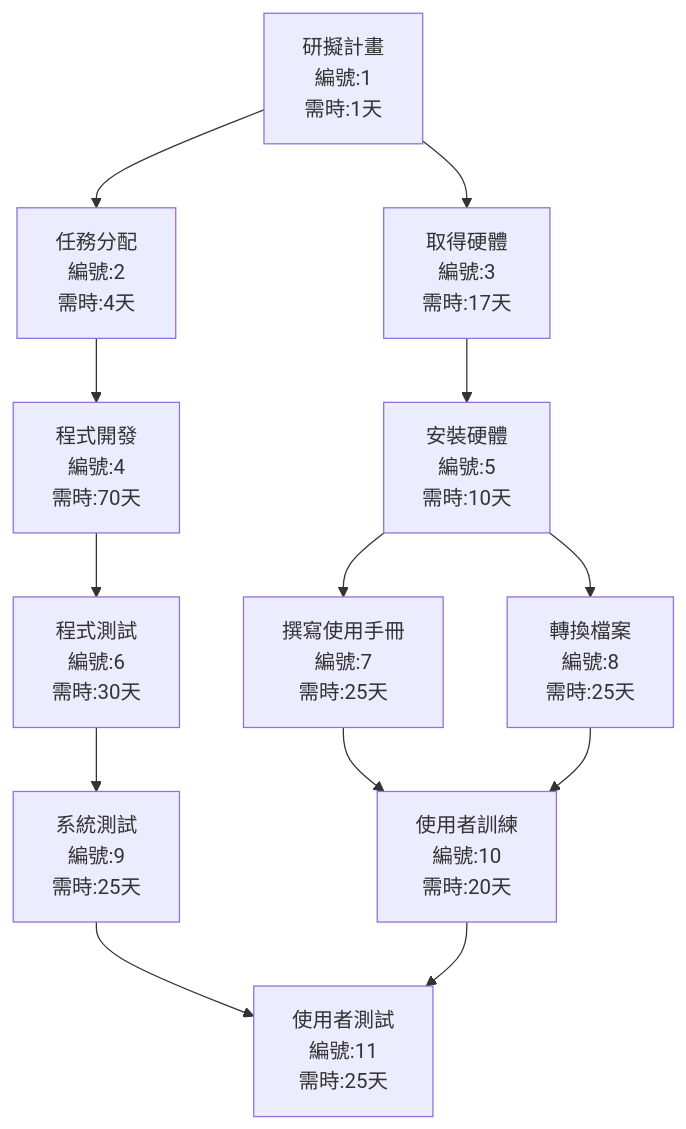
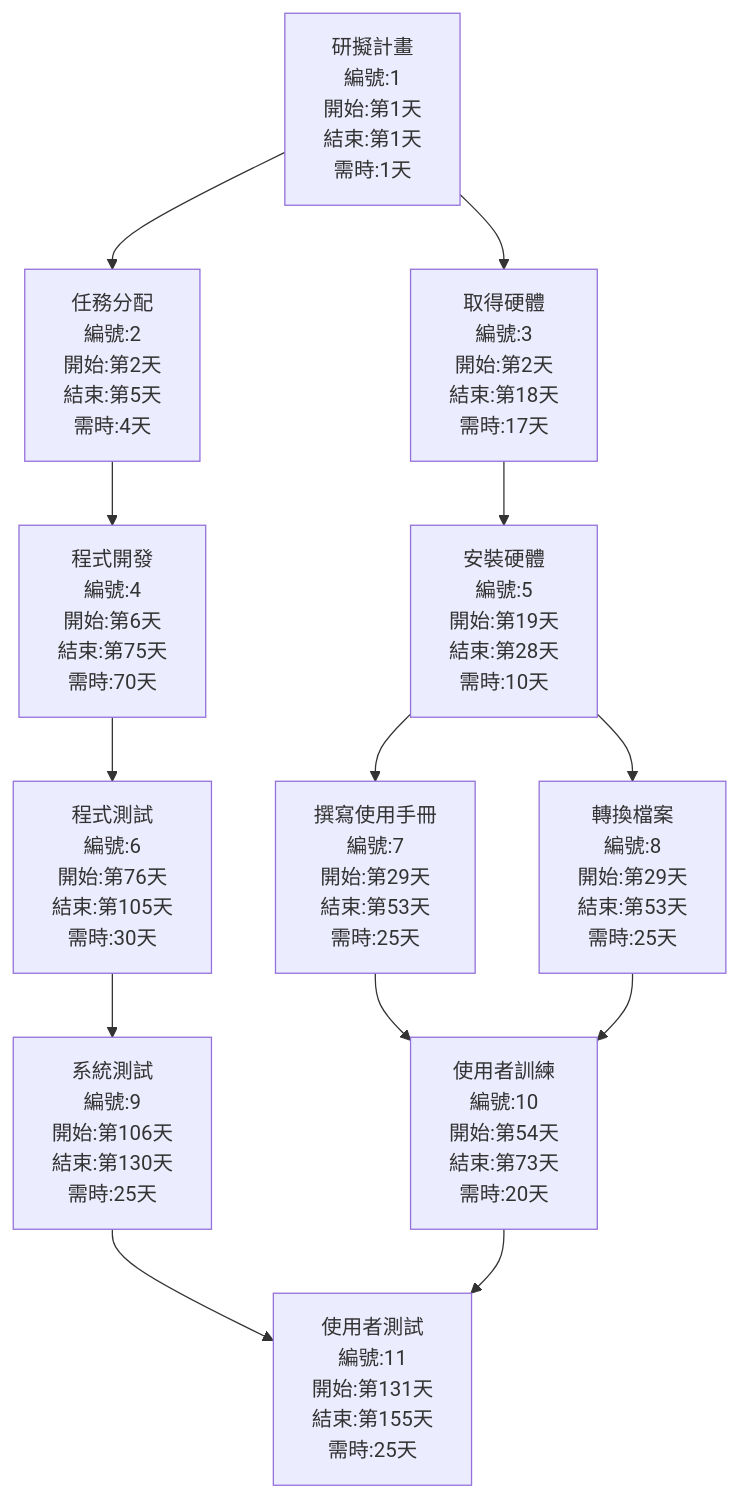
Before and after one commit to raikeeee/C112118227: the second of 2 diagrams in hw2.md, drawn with Mermaid.

````diff
--- a/hw2.md
+++ b/hw2.md
@@ -18,29 +18,28 @@
 ```mermaid
 flowchart TD
-    no1["研擬計畫 <br> 編號:1 <br> 需時:1天"]
-    no2["任務分配 <br> 編號:2 <br> 需時:4天"]
-    no3["取得硬體 <br> 編號:3 <br> 需時:17天"]
-    no4["程式開發 <br> 編號:4 <br> 需時:70天"]
-    no5["安裝硬體 <br> 編號:5 <br> 需時:10天"]
-    no6["程式測試 <br> 編號:6 <br> 需時:30天"]
-    no7["撰寫使用手冊 <br> 編號:7 <br> 需時:25天"]
-    no8["轉換檔案 <br> 編號:8 <br> 需時:25天"]
-    no9["系統測試 <br> 編號:9 <br> 需時:25天"]
-    no10["使用者訓練 <br> 編號:10 <br> 需時:20天"]
-    no11["使用者測試 <br> 編號:11 <br> 需時:25天"]
+    no1["研擬計畫 <br> 編號:1 <br> 開始:第1天 <br> 結束:第1天 <br> 需時:1天"]
+    no2["任務分配 <br> 編號:2 <br> 開始:第2天 <br> 結束:第5天 <br> 需時:4天"]
+    no3["取得硬體 <br> 編號:3 <br> 開始:第2天 <br> 結束:第18天 <br> 需時:17天"]
+    no4["程式開發 <br> 編號:4 <br> 開始:第6天 <br> 結束:第75天 <br> 需時:70天"]
+    no5["安裝硬體 <br> 編號:5 <br> 開始:第19天 <br> 結束:第28天 <br> 需時:10天"]
+    no6["程式測試 <br> 編號:6 <br> 開始:第76天 <br> 結束:第105天 <br> 需時:30天"]
+    no7["撰寫使用手冊 <br> 編號:7 <br> 開始:第29天 <br> 結束:第53天 <br> 需時:25天"]
+    no8["轉換檔案 <br> 編號:8 <br> 開始:第29天 <br> 結束:第53天 <br> 需時:25天"]
+    no9["系統測試 <br> 編號:9 <br> 開始:第106天 <br> 結束:第130天 <br> 需時:25天"]
+    no10["使用者訓練 <br> 編號:10 <br> 開始:第54天 <br> 結束:第73天 <br> 需時:20天"]
+    no11["使用者測試 <br> 編號:11 <br> 開始:第131天 <br> 結束:第155天 <br> 需時:25天"]
 
     no1 --> no2
     no1 --> no3
     no2 --> no4
     no3 --> no5
     no4 --> no6
     no5 --> no7
     no5 --> no8
     no6 --> no9
     no7 --> no10
     no8 --> no10
     no9 --> no11
     no10 --> no11
 
-
 ```
````
